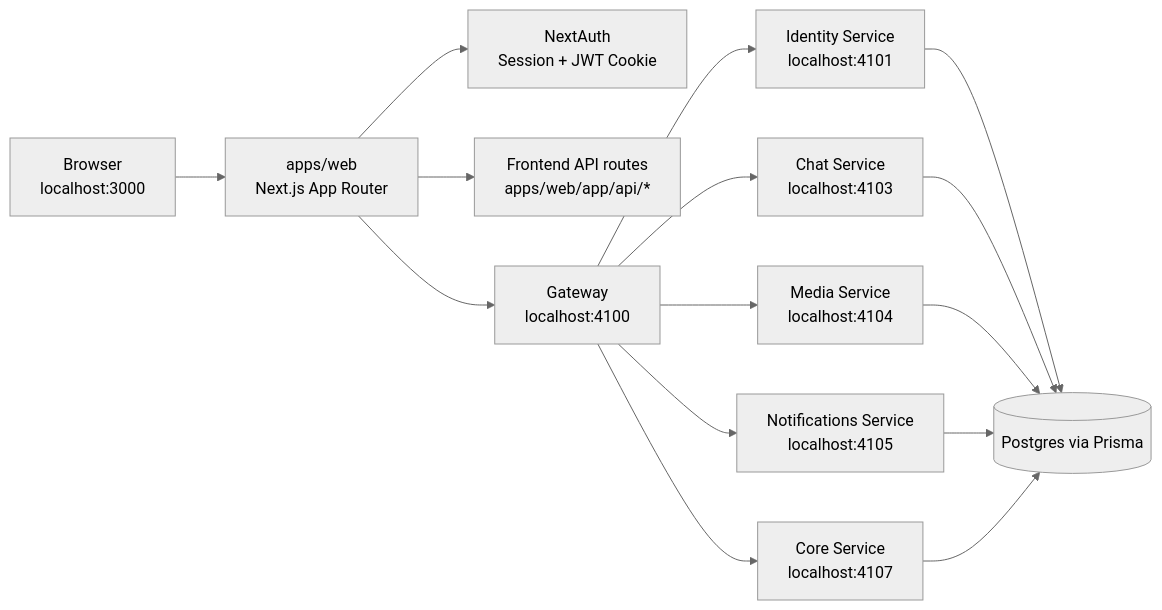
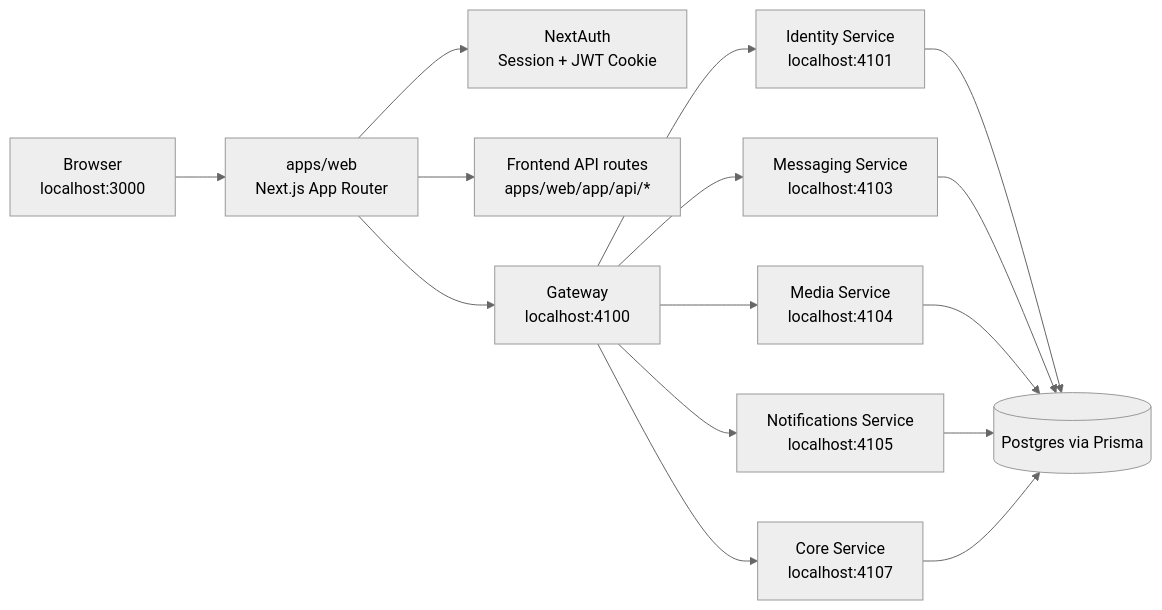
One commit to Sam231221/Yome changed the first of 3 diagrams in docs/PROJECT_ARCHITECTURE_AND_WORKFLOWS.md. Above: the diagram before and after it, drawn with Mermaid (neutral theme). The commit also changed other lines of this file and 32 other files, not shown here.

````diff
--- a/docs/PROJECT_ARCHITECTURE_AND_WORKFLOWS.md
+++ b/docs/PROJECT_ARCHITECTURE_AND_WORKFLOWS.md
@@ -45,19 +45,19 @@
 ```mermaid
 flowchart LR
     A[Browser<br/>localhost:3000] --> B[apps/web<br/>Next.js App Router]
     B --> C[NextAuth<br/>Session + JWT Cookie]
     B --> D[Frontend API routes<br/>apps/web/app/api/*]
     B --> E[Gateway<br/>localhost:4100]
 
     E --> F[Identity Service<br/>localhost:4101]
-    E --> H[Chat Service<br/>localhost:4103]
+    E --> H[Messaging Service<br/>localhost:4103]
     E --> I[Media Service<br/>localhost:4104]
     E --> J[Notifications Service<br/>localhost:4105]
     E --> N[Core Service<br/>localhost:4107]
 
     F --> K[(Postgres via Prisma)]
     H --> K
     I --> K
     J --> K
     N --> K
 ```
````
